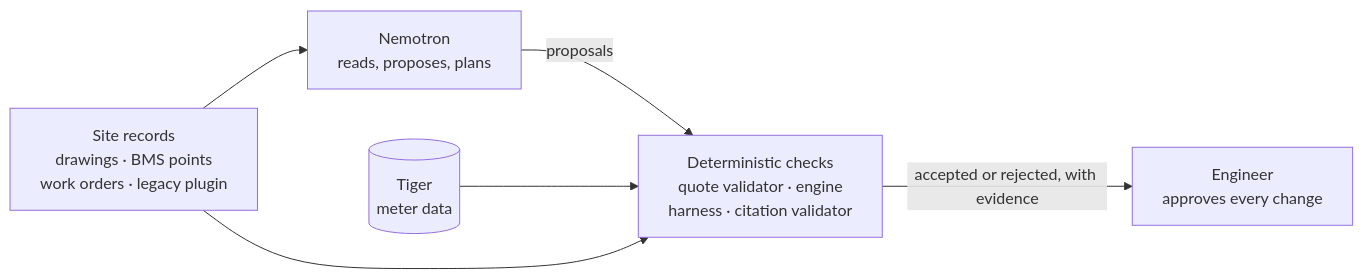
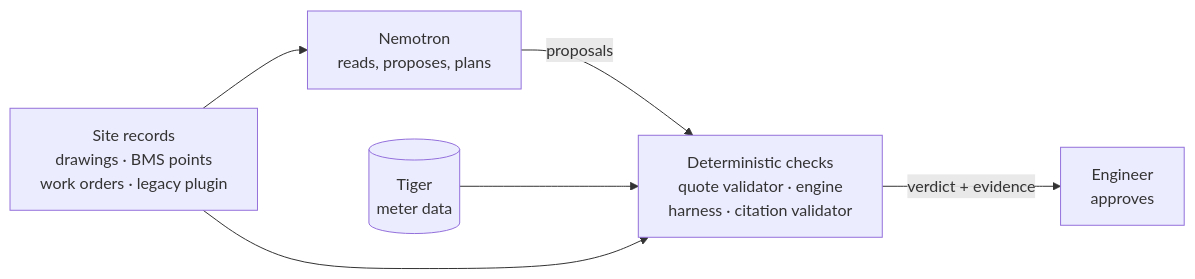
One commit to Manideep728/DAMO-HackUTD2026 changed the diagram in README.md. Above: the diagram before and after it, drawn with Mermaid. The commit also changed other lines of this file and 2 other files, not shown here.

Commit message:
Crop README grid screenshots to one screen and unclip the diagram

````diff
--- a/README.md
+++ b/README.md
@@ -46,11 +46,11 @@
 ```mermaid
 flowchart LR
   R["Site records<br/>drawings · BMS points<br/>work orders · legacy plugin"]
   N["Nemotron<br/>reads, proposes, plans"]
   K["Deterministic checks<br/>quote validator · engine<br/>harness · citation validator"]
-  U["Engineer<br/>approves every change"]
+  U["Engineer<br/>approves"]
   T[("Tiger<br/>meter data")]
-  R --> N -->|proposals| K -->|accepted or rejected, with evidence| U
+  R --> N -->|proposals| K -->|verdict + evidence| U
   T --> K
   R --> K
 ```
````
